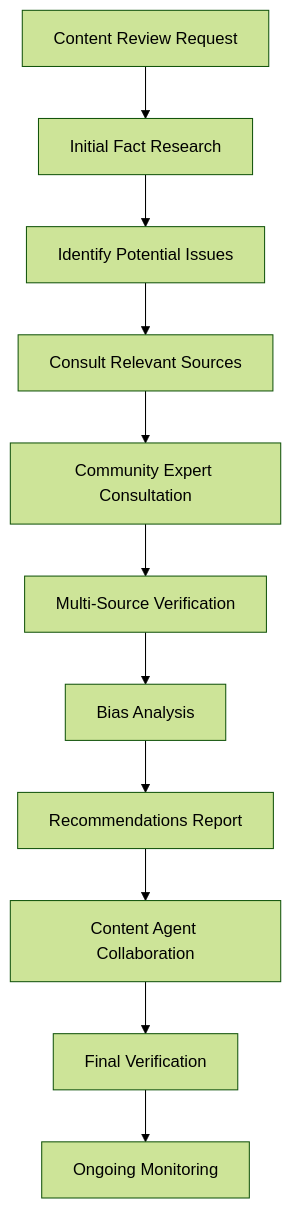
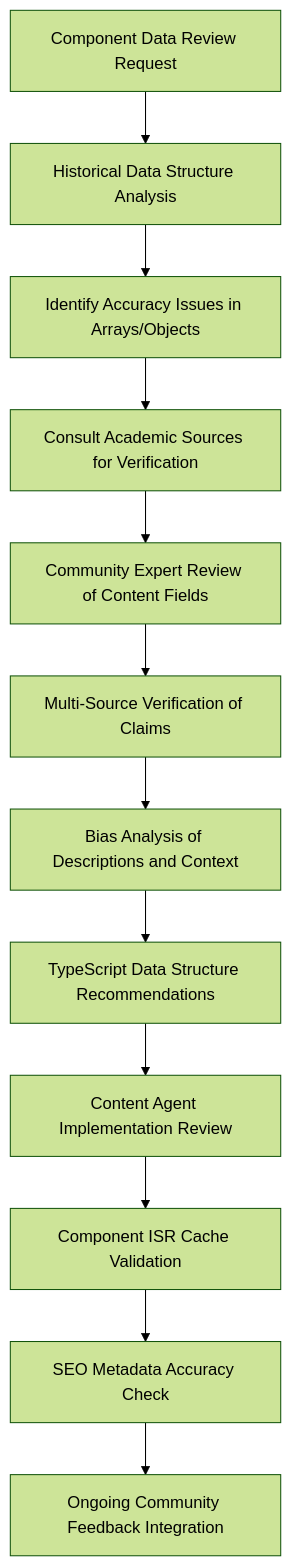
The diagram in docs/agents/factchecker-agent/knowledge-base.md (deznode/nosilha), drawn with Mermaid (forest theme) before and after one commit. The commit also changed other lines of this file and 1 other file, not shown here.

Commit message:
Enhance fact-checking knowledge base with React component workflows and historical accuracy guidelines

````diff
--- a/docs/agents/factchecker-agent/knowledge-base.md
+++ b/docs/agents/factchecker-agent/knowledge-base.md
@@ -265,13 +268,14 @@
 ```mermaid
 graph TD
-    A[Content Review Request] --> B[Initial Fact Research]
-    B --> C[Identify Potential Issues]
-    C --> D[Consult Relevant Sources]
-    D --> E[Community Expert Consultation]
-    E --> F[Multi-Source Verification]
-    F --> G[Bias Analysis]
-    G --> H[Recommendations Report]
-    H --> I[Content Agent Collaboration]
-    I --> J[Final Verification]
-    J --> K[Ongoing Monitoring]
+    A[Component Data Review Request] --> B[Historical Data Structure Analysis]
+    B --> C[Identify Accuracy Issues in Arrays/Objects]
+    C --> D[Consult Academic Sources for Verification]
+    D --> E[Community Expert Review of Content Fields]
+    E --> F[Multi-Source Verification of Claims]
+    F --> G[Bias Analysis of Descriptions and Context]
+    G --> H[TypeScript Data Structure Recommendations]
+    H --> I[Content Agent Implementation Review]
+    I --> J[Component ISR Cache Validation]
+    J --> K[SEO Metadata Accuracy Check]
+    K --> L[Ongoing Community Feedback Integration]
 ```
````
